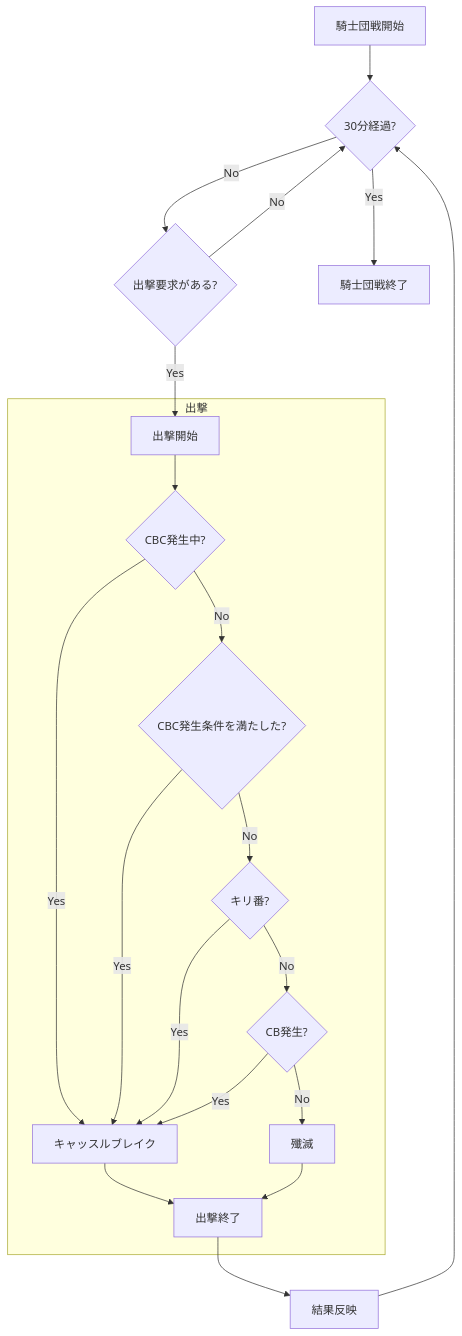
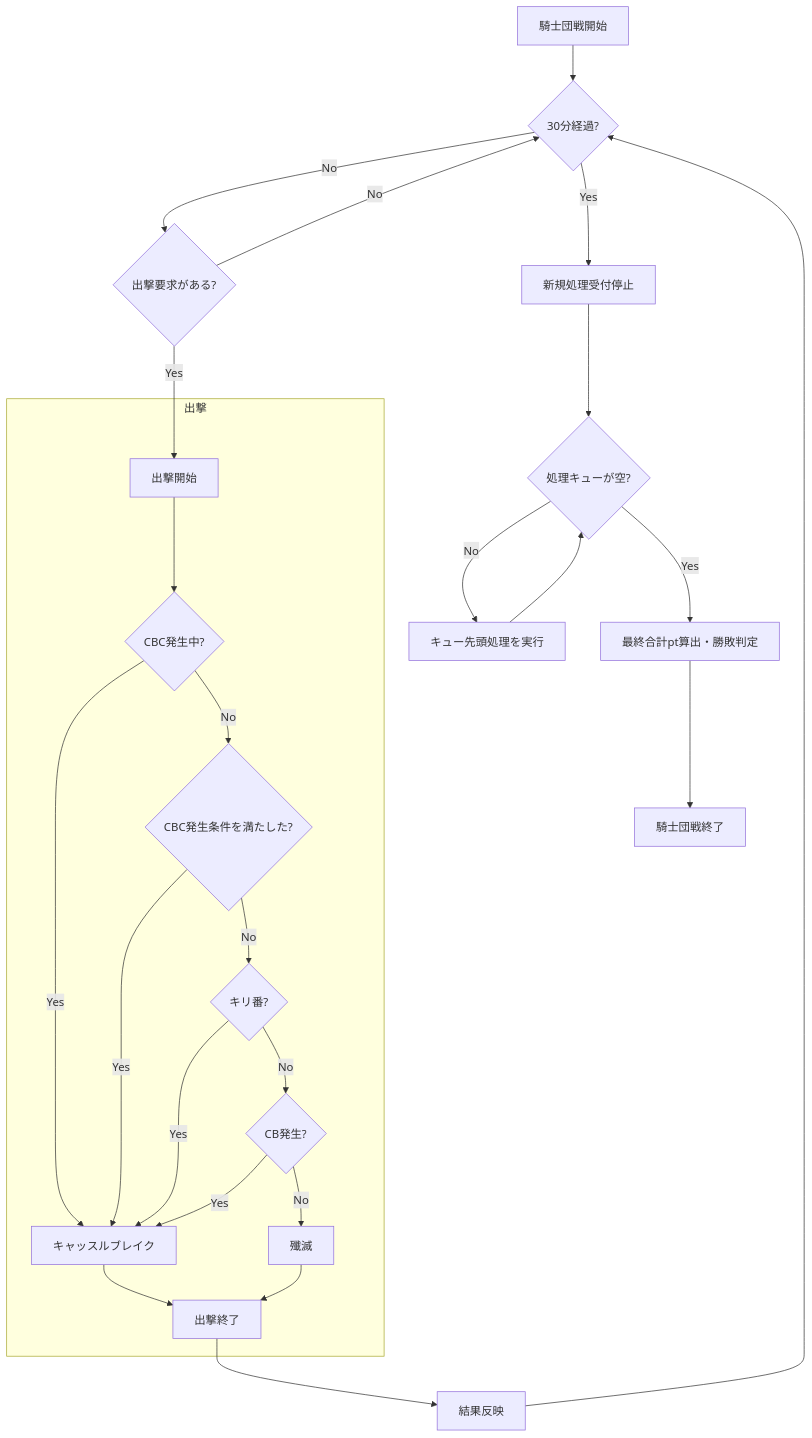
One commit to ReHydrangeaOdyssey/Specifications changed the first of 17 diagrams in design/guild_battle.md. Above: the diagram before and after it, drawn with Mermaid. The commit also changed other lines of this file and 14 other files, not shown here.

````diff
--- a/design/guild_battle.md
+++ b/design/guild_battle.md
@@ -5,39 +5,48 @@
 ```mermaid
 flowchart TD;
     Start[騎士団戦開始];
     ChackTimeLimit{30分経過?};
     ChackAttack{出撃要求がある?};
     CheckCBC{CBC発生中?};
     CheckCBCCondition{CBC発生条件を満たした?};
     Reflected[結果反映];
+    StopAccept[新規処理受付停止];
+    CheckQueue{処理キューが空?};
+    ResolveQueue[キュー先頭処理を実行];
+    Judgment[最終合計pt算出・勝敗判定];
     End[騎士団戦終了];
     StartPlayerAttack[出撃開始];
     EndPlayerAttack[出撃終了];
     CB[キャッスルブレイク];
 
     Start --> ChackTimeLimit;
-    ChackTimeLimit -- Yes --> End;
+    ChackTimeLimit -- Yes --> StopAccept;
+    StopAccept --> CheckQueue;
+    CheckQueue -- No --> ResolveQueue;
+    ResolveQueue --> CheckQueue;
+    CheckQueue -- Yes --> Judgment;
+    Judgment --> End;
     ChackTimeLimit -- No --> ChackAttack;
     ChackAttack -- Yes --> StartPlayerAttack;
     ChackAttack -- No --> ChackTimeLimit;
     EndPlayerAttack --> Reflected;
     Reflected --> ChackTimeLimit
 
     subgraph 出撃
         CheckChain{キリ番?};
         CheckCB{CB発生?};
         Attack[殲滅];
 
         StartPlayerAttack --> CheckCBC;        
         CheckCBC -- Yes --> CB;
         CheckCBC -- No --> CheckCBCCondition;
         CheckCBCCondition -- Yes --> CB;
         CheckCBCCondition -- No --> CheckChain;
         CheckChain -- Yes --> CB;
         CheckChain -- No --> CheckCB;
         CheckCB -- Yes --> CB;
         CheckCB -- No --> Attack;
         CB --> EndPlayerAttack;
         Attack --> EndPlayerAttack;
     end
 ```
````
